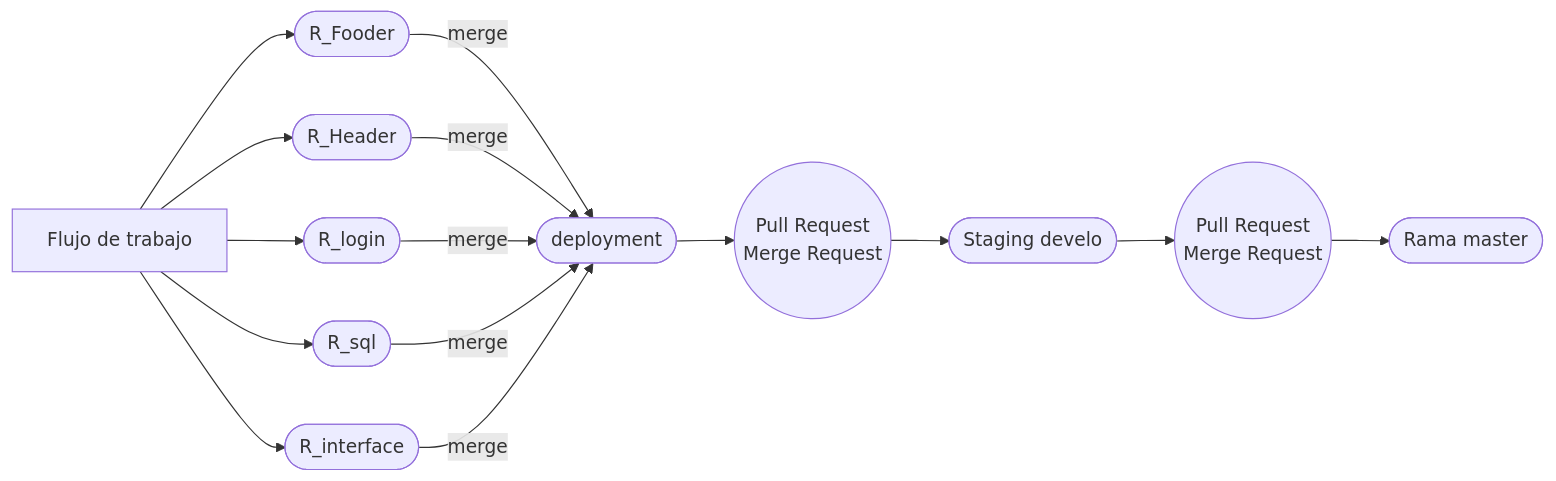
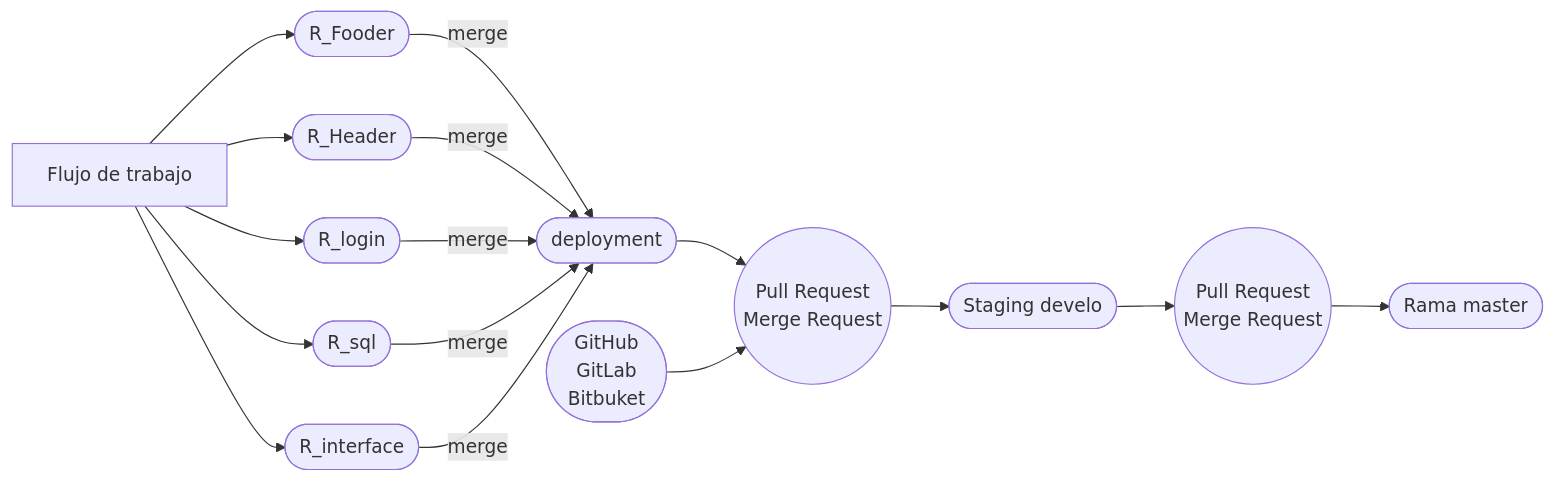
Before and after one commit to dczinil/git: the third of 3 diagrams in Notas_del_curso_de_git.md, drawn with Mermaid.

Commit message:
Trabajando en los graficos de flujo de trebajo p20 nuevo grafico

````diff
--- a/Notas_del_curso_de_git.md
+++ b/Notas_del_curso_de_git.md
@@ -253,10 +253,13 @@
 ```mermaid
 
 graph LR
 A[Flujo de trabajo]-->B([R_Fooder])--merge-->H
 A[Flujo de trabajo]-->C([R_Header])--merge-->H
 A[Flujo de trabajo]-->D([R_login])--merge-->H
 A[Flujo de trabajo]-->E([R_sql])--merge-->H
 A[Flujo de trabajo]-->G([R_interface])--merge-->H
 H([deployment])-->L((Pull Request</br>Merge Request))-->I([Staging  develo])-->O((Pull Request</br>Merge Request))-->K([Rama master])
+
+P([GitHub</br>GitLab</br>Bitbuket</br>])-->L
+
 ```
````
